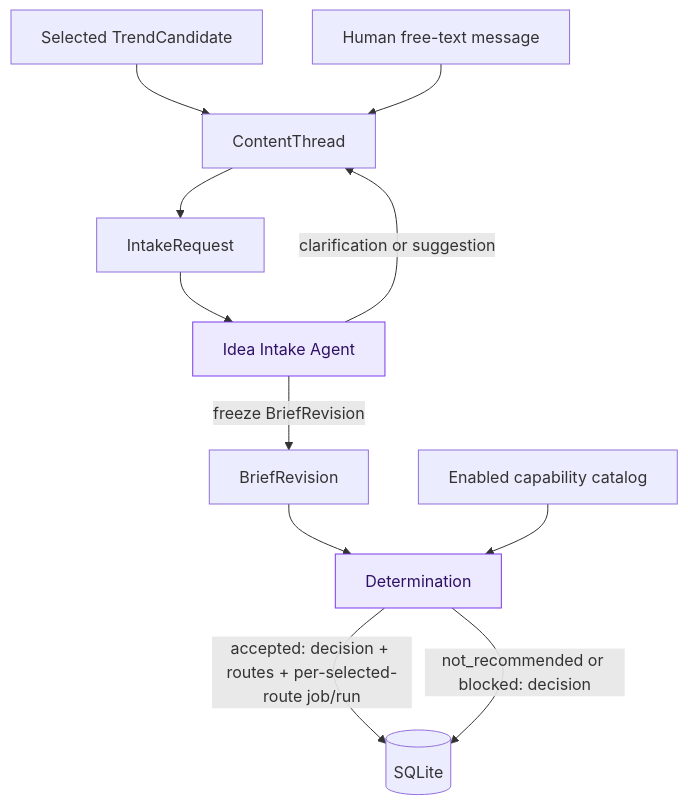
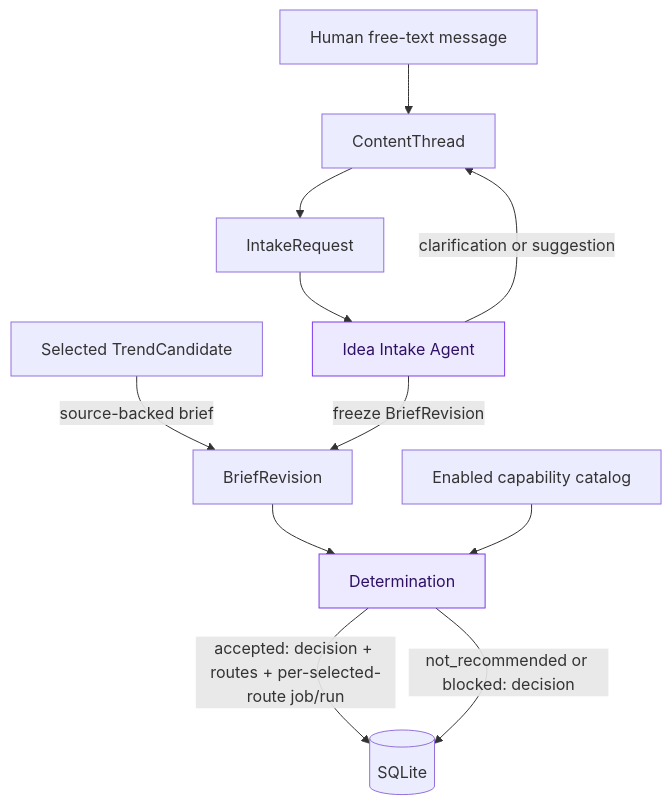
The diagram in docs/specs/idea-intake-and-determination.md (orderpizza/content_factory), drawn with Mermaid before and after one commit. The commit also changed other lines of this file and 63 other files, not shown here.

````diff
--- a/docs/specs/idea-intake-and-determination.md
+++ b/docs/specs/idea-intake-and-determination.md
@@ -45,16 +46,16 @@
 ```mermaid
 flowchart TB
-    trend[Selected TrendCandidate] --> thread[ContentThread]
-    human[Human free-text message] --> thread
+    trend[Selected TrendCandidate] -->|source-backed brief| revision[BriefRevision]
+    human[Human free-text message] --> thread[ContentThread]
     thread --> request[IntakeRequest]
     request --> intake[Idea Intake Agent]
     intake -->|clarification or suggestion| thread
-    intake -->|freeze BriefRevision| revision[BriefRevision]
+    intake -->|freeze BriefRevision| revision
     revision --> determination[Determination]
     catalog[Enabled capability catalog] --> determination
     determination -->|accepted: decision + routes + per-selected-route job/run| state[(SQLite)]
     determination -->|not_recommended or blocked: decision| state
 
     classDef gemini fill:#ede9fe,stroke:#7c3aed,color:#2e1065
     class intake,determination gemini
 ```
````
